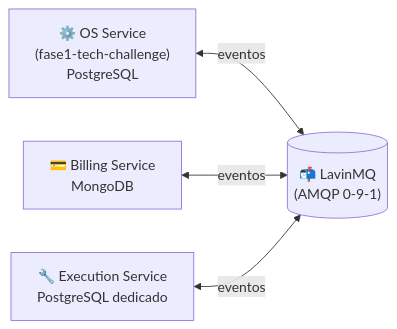
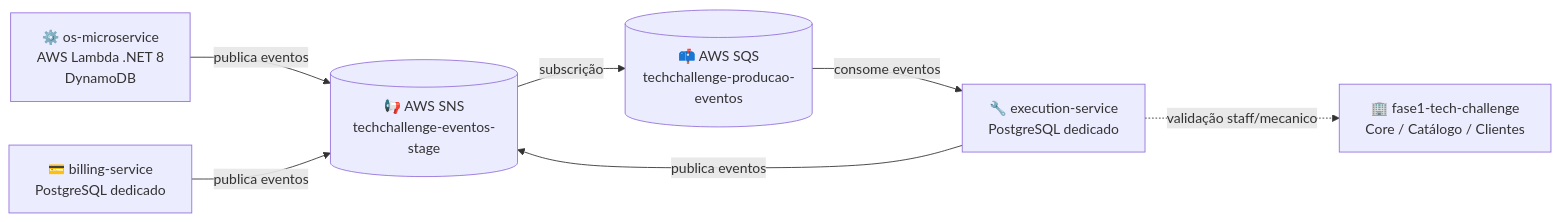
One commit to SOAT-FIAP-2026/execution-service changed the first of 2 diagrams in README.md. Above: the diagram before and after it, drawn with Mermaid. The commit also changed other lines of this file, not shown here.

Commit message:
docs: update architecture documentation to reflect AWS SNS SQS migration

````diff
--- a/README.md
+++ b/README.md
@@ -15,11 +15,16 @@
 ```mermaid
 flowchart LR
-    OS["⚙️ OS Service<br/>(fase1-tech-challenge)<br/>PostgreSQL"]
-    BILL["💳 Billing Service<br/>MongoDB"]
-    EXEC["🔧 Execution Service<br/>PostgreSQL dedicado"]
-    BUS[("📬 LavinMQ<br/>(AMQP 0-9-1)")]
+    OS["⚙️ os-microservice<br/>AWS Lambda .NET 8<br/>DynamoDB"]
+    BILL["💳 billing-service<br/>PostgreSQL dedicado"]
+    EXEC["🔧 execution-service<br/>PostgreSQL dedicado"]
+    CORE["🏢 fase1-tech-challenge<br/>Core / Catálogo / Clientes"]
+    SNS[("📢 AWS SNS<br/>techchallenge-eventos-stage")]
+    SQS[("📫 AWS SQS<br/>techchallenge-producao-eventos")]
 
-    OS <-->|eventos| BUS
-    BILL <-->|eventos| BUS
-    EXEC <-->|eventos| BUS
+    OS -->|publica eventos| SNS
+    BILL -->|publica eventos| SNS
+    EXEC -->|publica eventos| SNS
+    SNS -->|subscrição| SQS
+    SQS -->|consome eventos| EXEC
+    EXEC -.->|validação staff/mecanico| CORE
 ```
````
